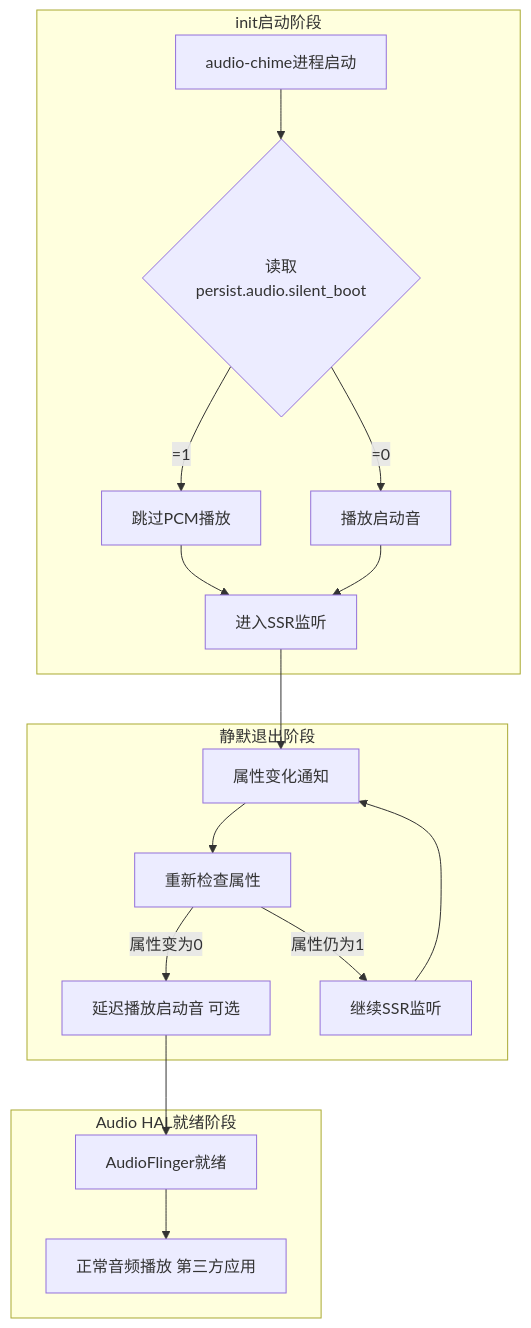
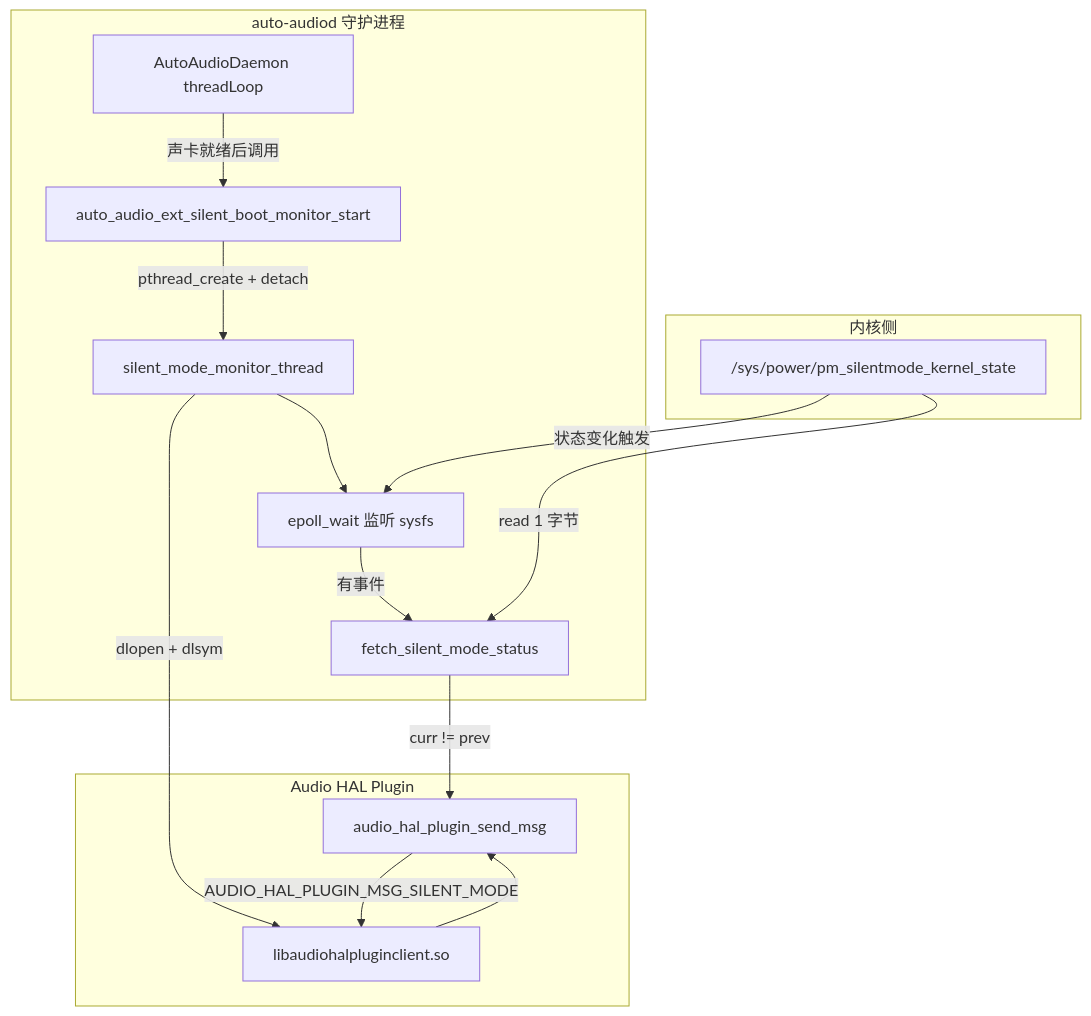
Before and after one commit to yanglinzhen1022/SA8295_AAOS_QNX_Audio_KnowledgeBase: the diagram in 16_Vendor_QNX_Architecture/16_16.4_Silent_Boot监控.md, drawn with Mermaid. The commit also changed other lines of this file and 48 other files, not shown here.

````diff
--- a/16_Vendor_QNX_Architecture/16_16.4_Silent_Boot监控.md
+++ b/16_Vendor_QNX_Architecture/16_16.4_Silent_Boot监控.md
@@ -662,35 +67,30 @@
 ```mermaid
 graph TB
-    subgraph Init_Phase[init启动阶段]
-        CHIME_START[audio-chime进程启动]
-        CHECK_PROP{读取persist.audio.silent_boot}
-        SKIP[跳过PCM播放]
-        PLAY[播放启动音]
-        SSR[进入SSR监听]
+    subgraph Kernel[内核侧]
+        SYSFS["/sys/power/pm_silentmode_kernel_state"]
     end
 
-    subgraph Silent_Exit[静默退出阶段]
-        PROP_CHANGE[属性变化通知]
-        RECHECK[重新检查属性]
-        DELAYED_PLAY[延迟播放启动音 可选]
-        CONTINUE[继续SSR监听]
+    subgraph Audiod[auto-audiod 守护进程]
+        DAEMON[AutoAudioDaemon threadLoop]
+        START[auto_audio_ext_silent_boot_monitor_start]
+        THREAD[silent_mode_monitor_thread]
+        EPOLL[epoll_wait 监听 sysfs]
+        FETCH[fetch_silent_mode_status]
     end
 
-    subgraph Audio_HAL_Ready[Audio HAL就绪阶段]
-        HAL_READY[AudioFlinger就绪]
-        NORMAL_PLAY[正常音频播放 第三方应用]
+    subgraph HalPlugin[Audio HAL Plugin]
+        LIB[libaudiohalpluginclient.so]
+        SENDMSG[audio_hal_plugin_send_msg]
     end
 
-    CHIME_START --> CHECK_PROP
-    CHECK_PROP -->|=1| SKIP
-    CHECK_PROP -->|=0| PLAY
-    SKIP --> SSR
-    PLAY --> SSR
-    SSR --> PROP_CHANGE
-    PROP_CHANGE --> RECHECK
-    RECHECK -->|属性变为0| DELAYED_PLAY
-    RECHECK -->|属性仍为1| CONTINUE
-    DELAYED_PLAY --> HAL_READY
-    CONTINUE --> PROP_CHANGE
-    HAL_READY --> NORMAL_PLAY
+    DAEMON -->|声卡就绪后调用| START
+    START -->|pthread_create + detach| THREAD
+    THREAD -->|dlopen + dlsym| LIB
+    LIB --> SENDMSG
+    THREAD --> EPOLL
+    SYSFS -->|状态变化触发| EPOLL
+    EPOLL -->|有事件| FETCH
+    SYSFS -->|read 1 字节| FETCH
+    FETCH -->|curr != prev| SENDMSG
+    SENDMSG -->|AUDIO_HAL_PLUGIN_MSG_SILENT_MODE| LIB
 ```
````
